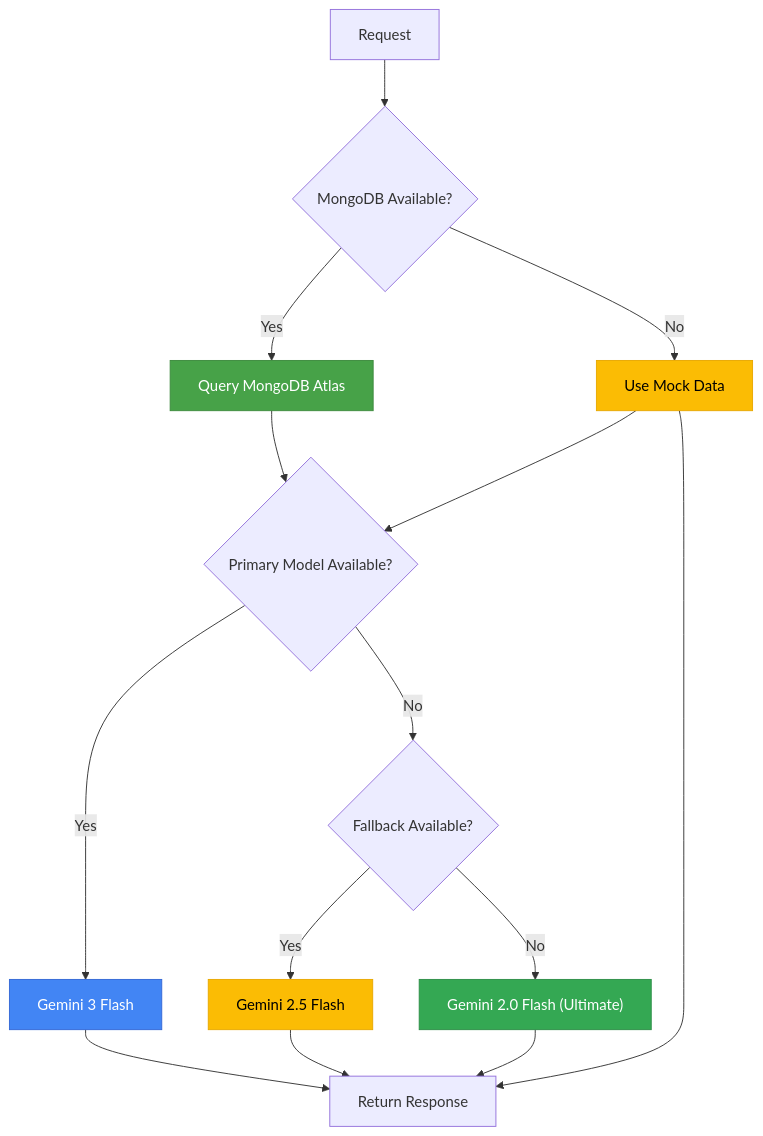
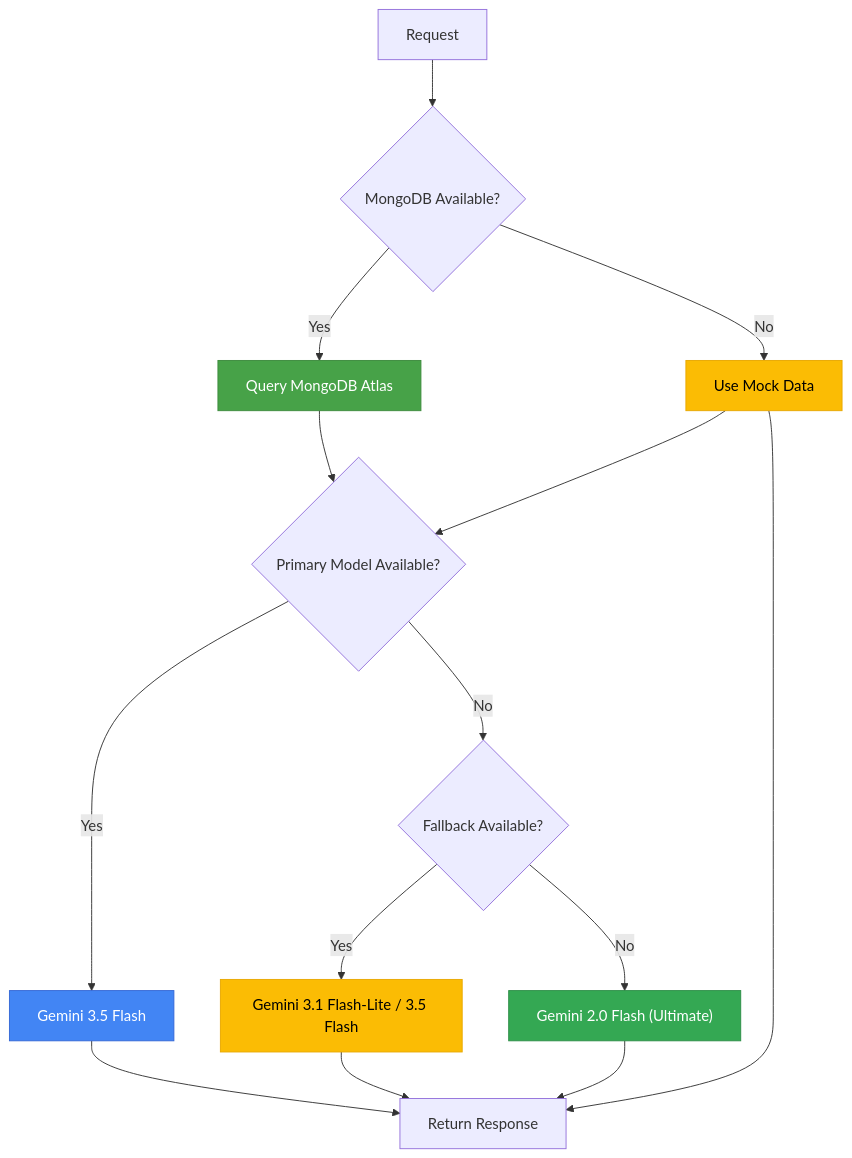
Before and after one commit to Vetassikc/vartovii-trust-agent: the tenth of 10 diagrams in ARCHITECTURE.md, drawn with Mermaid. The commit also changed other lines of this file and 25 other files, not shown here.

````diff
--- a/ARCHITECTURE.md
+++ b/ARCHITECTURE.md
@@ -666,22 +706,22 @@
 ```mermaid
 graph TD
     A["Request"] --> B{MongoDB Available?}
     B -->|Yes| C["Query MongoDB Atlas"]
     B -->|No| D["Use Mock Data"]
     C --> E{Primary Model Available?}
     D --> E
-    E -->|Yes| F["Gemini 3 Flash"]
+    E -->|Yes| F["Gemini 3.5 Flash"]
     E -->|No| G{Fallback Available?}
-    G -->|Yes| H["Gemini 2.5 Flash"]
+    G -->|Yes| H["Gemini 3.1 Flash-Lite / 3.5 Flash"]
     G -->|No| I["Gemini 2.0 Flash (Ultimate)"]
     F --> J["Return Response"]
     H --> J
     I --> J
     D --> J
 
     style C fill:#47A248,stroke:#3d8b3d,color:#fff
     style D fill:#FBBC04,stroke:#E8A800,color:#000
     style F fill:#4285F4,stroke:#3367D6,color:#fff
     style H fill:#FBBC04,stroke:#E8A800,color:#000
     style I fill:#34A853,stroke:#2D8E47,color:#fff
 ```
````
